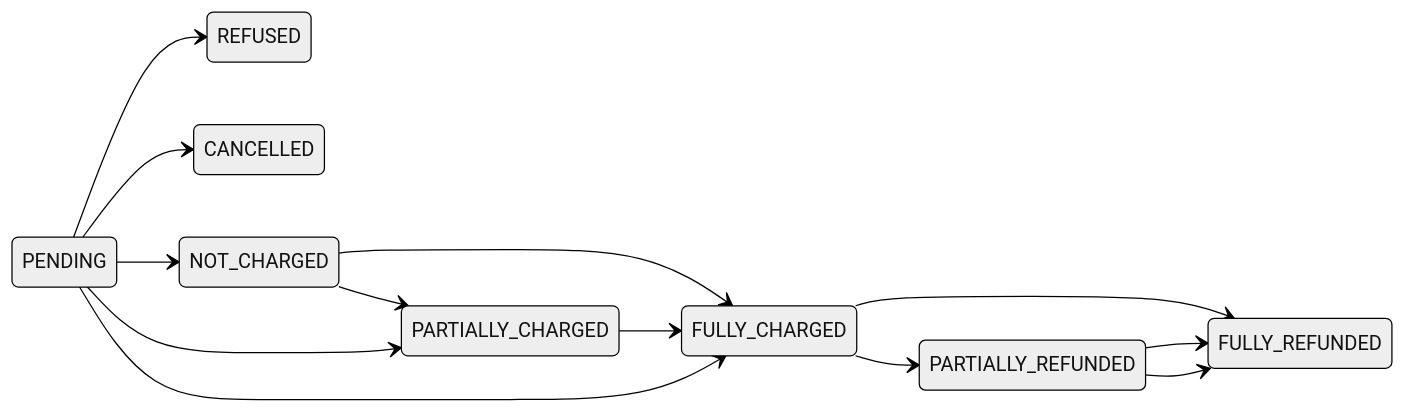
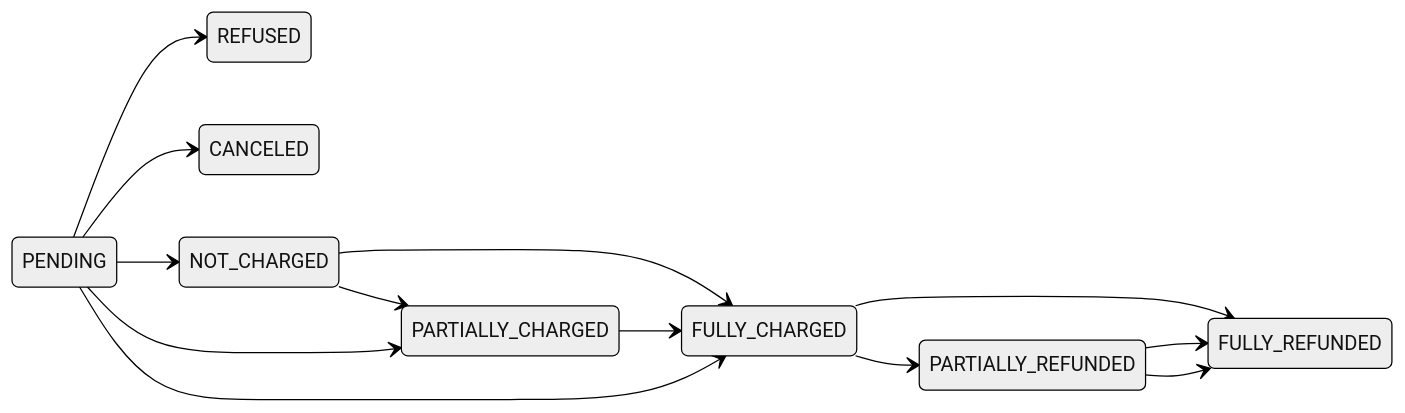
The eighth of 10 diagrams in docs/developer/orders.mdx (saleor/saleor-docs), drawn with Mermaid (neutral theme) before and after one commit. The commit also changed other lines of this file, not shown here.

````diff
--- a/docs/developer/orders.mdx
+++ b/docs/developer/orders.mdx
@@ -222,30 +221,30 @@
 ```mermaid
 stateDiagram-v2
     direction LR
 
     PENDING
     REFUSED
-    CANCELLED
+    CANCELED
     NOT_CHARGED
     PARTIALLY_CHARGED
     FULLY_CHARGED
     PARTIALLY_REFUNDED
     FULLY_REFUNDED
 
     PENDING --> REFUSED
-    PENDING --> CANCELLED
+    PENDING --> CANCELED
     PENDING --> NOT_CHARGED
 
     NOT_CHARGED --> PARTIALLY_CHARGED
     NOT_CHARGED --> FULLY_CHARGED
     PARTIALLY_CHARGED --> FULLY_CHARGED
 
     PENDING --> PARTIALLY_CHARGED
     PENDING --> FULLY_CHARGED
 
     FULLY_CHARGED --> PARTIALLY_REFUNDED
     FULLY_CHARGED --> FULLY_REFUNDED
     PARTIALLY_REFUNDED --> FULLY_REFUNDED
 
     PARTIALLY_REFUNDED --> FULLY_REFUNDED
 ```
````
